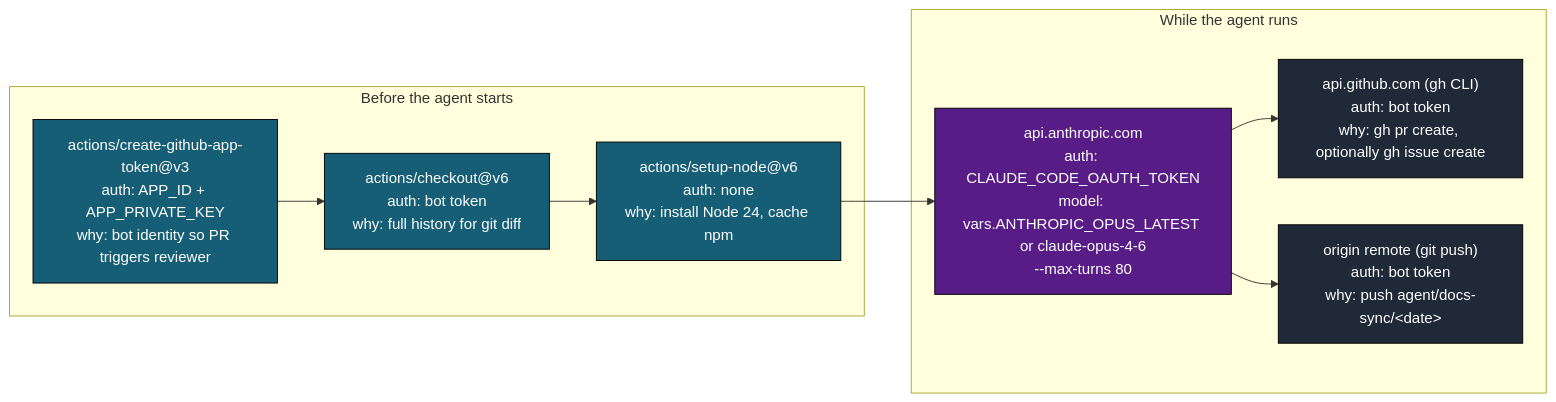
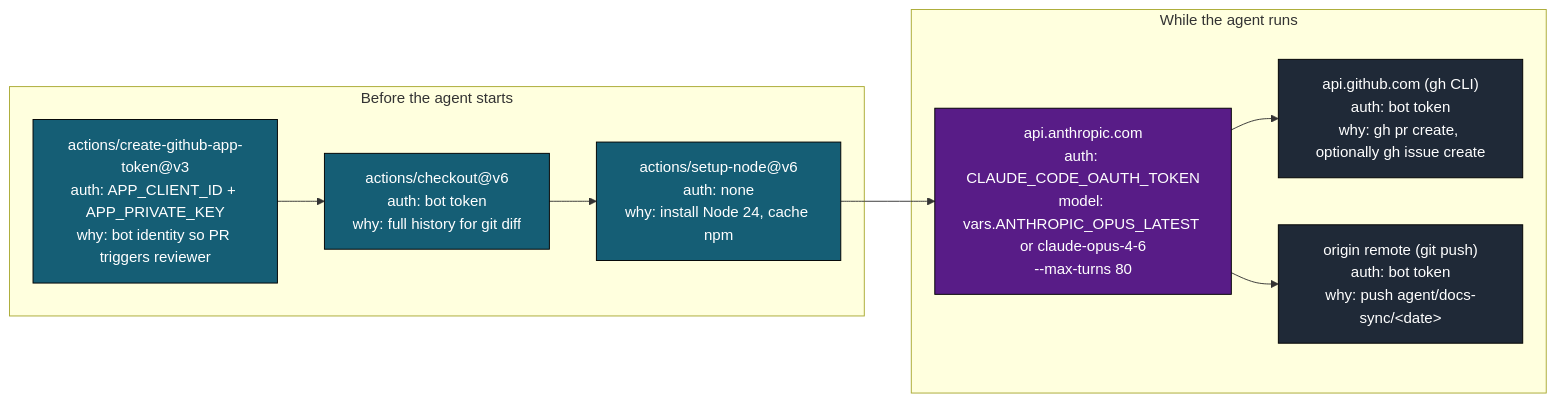
Diagram 11 of 16 in .github/docs/DOCS_SYNC_DEEP_DIVE.md (llm-exe/llm-exe), drawn with Mermaid before and after one commit. The commit also changed 13 other files, not shown here.

Commit message:
fix: update references from APP_ID to APP_CLIENT_ID in documentation

````diff
--- a/.github/docs/DOCS_SYNC_DEEP_DIVE.md
+++ b/.github/docs/DOCS_SYNC_DEEP_DIVE.md
@@ -430,21 +430,21 @@
 ```mermaid
 flowchart LR
     classDef pre fill:#155e75,color:#fff,stroke:#000
     classDef llm fill:#581c87,color:#fff,stroke:#000
     classDef gh fill:#1f2937,color:#fff,stroke:#000
 
     subgraph Pre["Before the agent starts"]
-        c1["actions/create-github-app-token@v3\nauth: APP_ID + APP_PRIVATE_KEY\nwhy: bot identity so PR triggers reviewer"]:::pre
+        c1["actions/create-github-app-token@v3\nauth: APP_CLIENT_ID + APP_PRIVATE_KEY\nwhy: bot identity so PR triggers reviewer"]:::pre
         c2["actions/checkout@v6\nauth: bot token\nwhy: full history for git diff"]:::pre
         c3["actions/setup-node@v6\nauth: none\nwhy: install Node 24, cache npm"]:::pre
     end
 
     subgraph During["While the agent runs"]
         d1["api.anthropic.com\nauth: CLAUDE_CODE_OAUTH_TOKEN\nmodel: vars.ANTHROPIC_OPUS_LATEST or claude-opus-4-6\n--max-turns 80"]:::llm
         d2["api.github.com (gh CLI)\nauth: bot token\nwhy: gh pr create, optionally gh issue create"]:::gh
         d3["origin remote (git push)\nauth: bot token\nwhy: push agent/docs-sync/&lt;date&gt;"]:::gh
     end
 
     c1 --> c2 --> c3 --> d1 --> d2
     d1 --> d3
 ```
````
